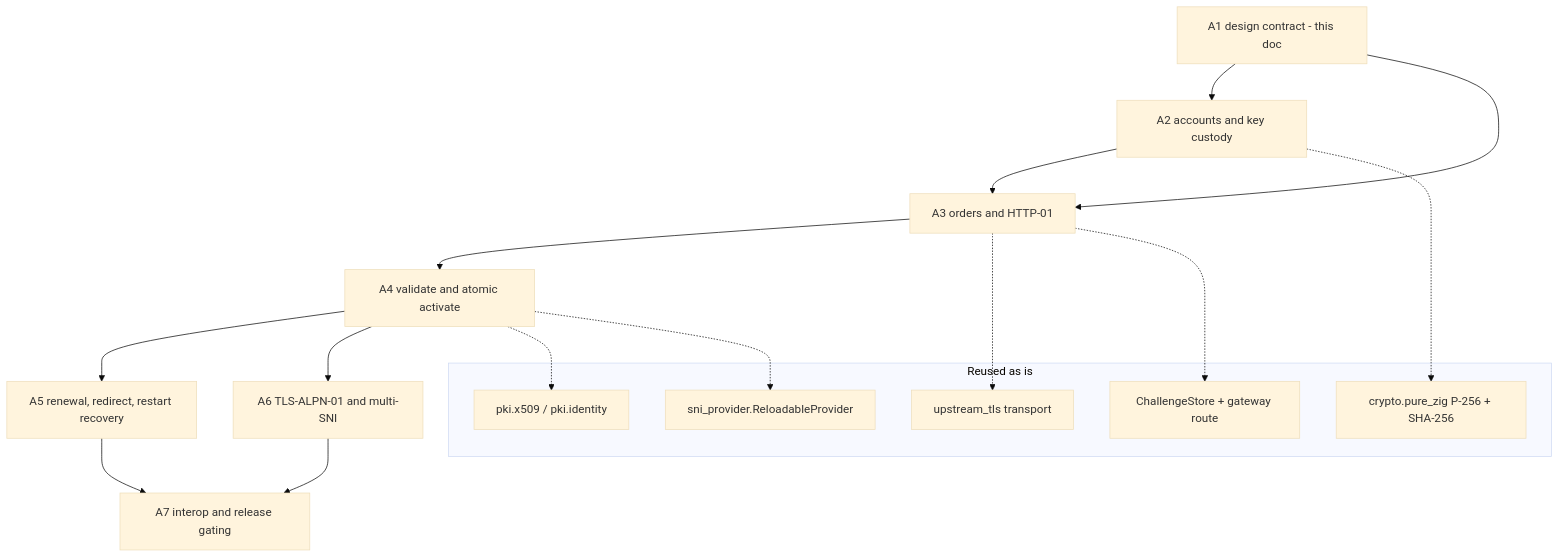
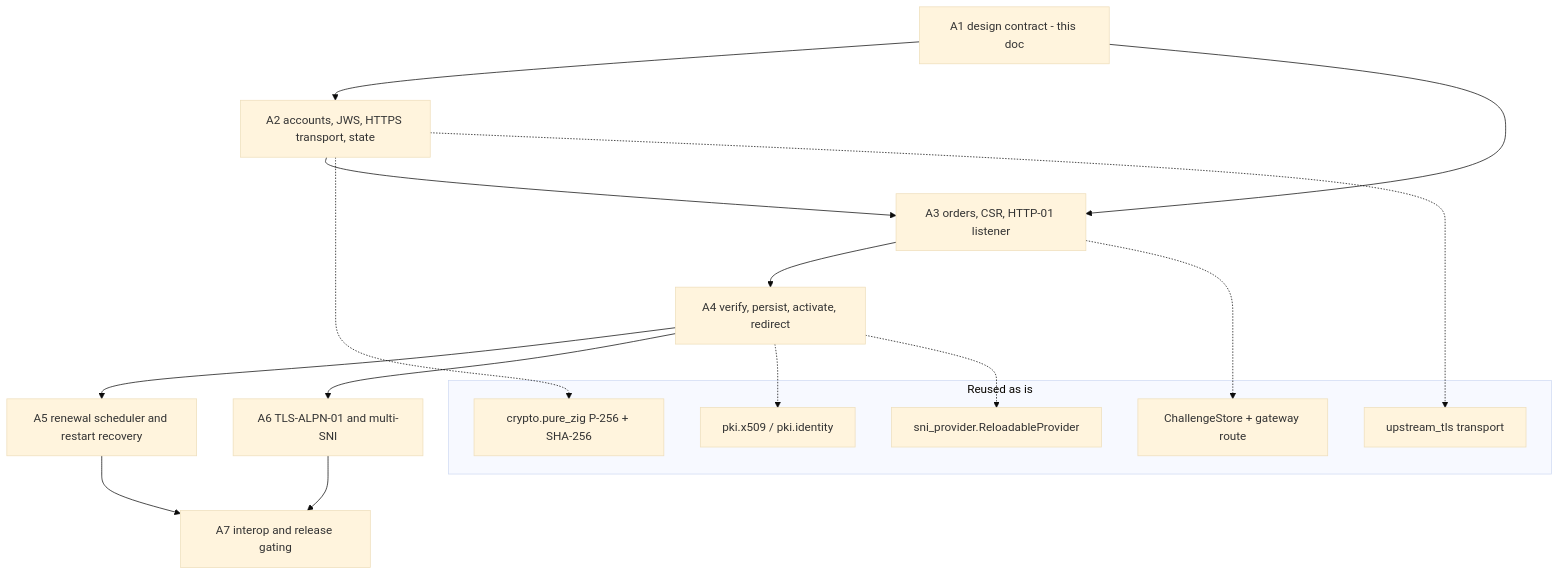
One commit to Bare-Systems/Tardigrade changed the first of 3 diagrams in docs/ACME_AUTOMATIC_HTTPS.md. Above: the diagram before and after it, drawn with Mermaid (base theme). The commit also changed other lines of this file, not shown here.

First line of the commit message:
Address PR review comments on ACME design (#831)

````diff
--- a/docs/ACME_AUTOMATIC_HTTPS.md
+++ b/docs/ACME_AUTOMATIC_HTTPS.md
@@ -113,23 +116,23 @@
 ```mermaid
 flowchart TD
-  A1[A1 design contract - this doc] --> A2[A2 accounts and key custody]
-  A1 --> A3[A3 orders and HTTP-01]
+  A1[A1 design contract - this doc] --> A2[A2 accounts, JWS, HTTPS transport, state]
+  A1 --> A3[A3 orders, CSR, HTTP-01 listener]
   A2 --> A3
-  A3 --> A4[A4 validate and atomic activate]
-  A4 --> A5[A5 renewal, redirect, restart recovery]
+  A3 --> A4[A4 verify, persist, activate, redirect]
+  A4 --> A5[A5 renewal scheduler and restart recovery]
   A4 --> A6[A6 TLS-ALPN-01 and multi-SNI]
   A5 --> A7[A7 interop and release gating]
   A6 --> A7
   subgraph reused[Reused as is]
     P1[pki.x509 / pki.identity]
     P2[sni_provider.ReloadableProvider]
     P3[crypto.pure_zig P-256 + SHA-256]
     P4[upstream_tls transport]
     P5[ChallengeStore + gateway route]
   end
   A2 -.-> P3
-  A3 -.-> P4
+  A2 -.-> P4
   A3 -.-> P5
   A4 -.-> P1
   A4 -.-> P2
 ```
````
